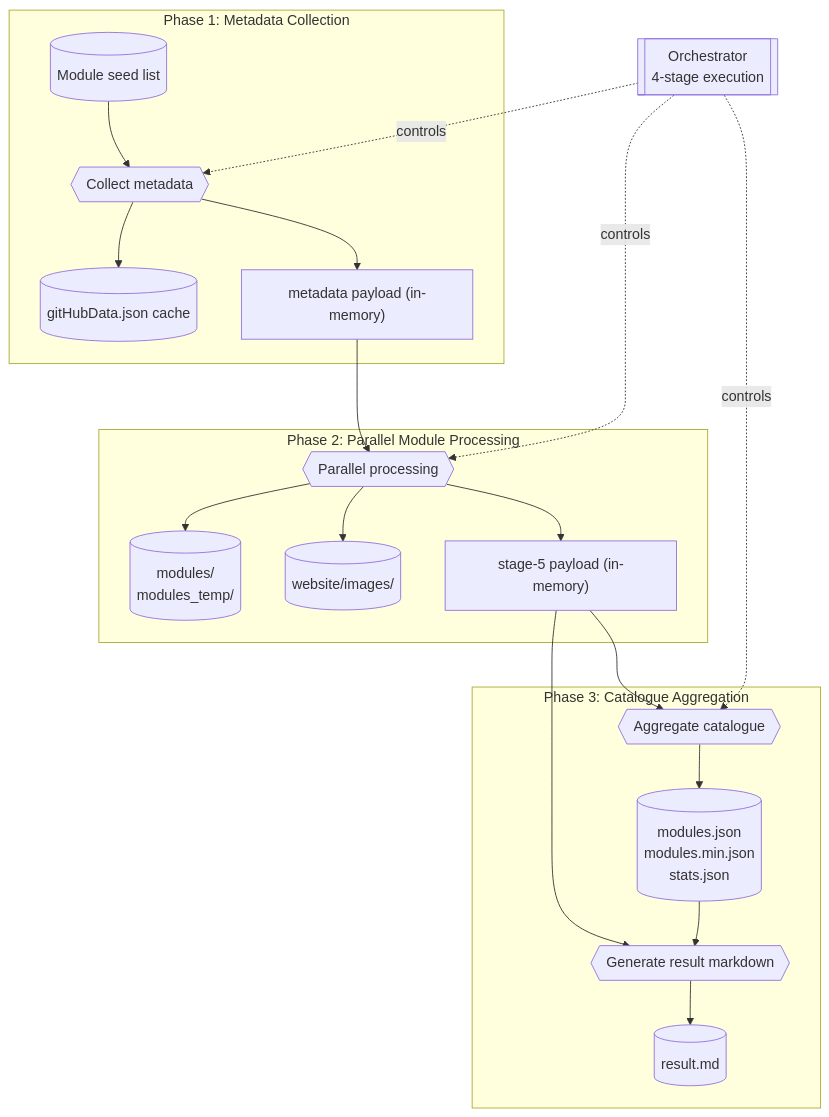
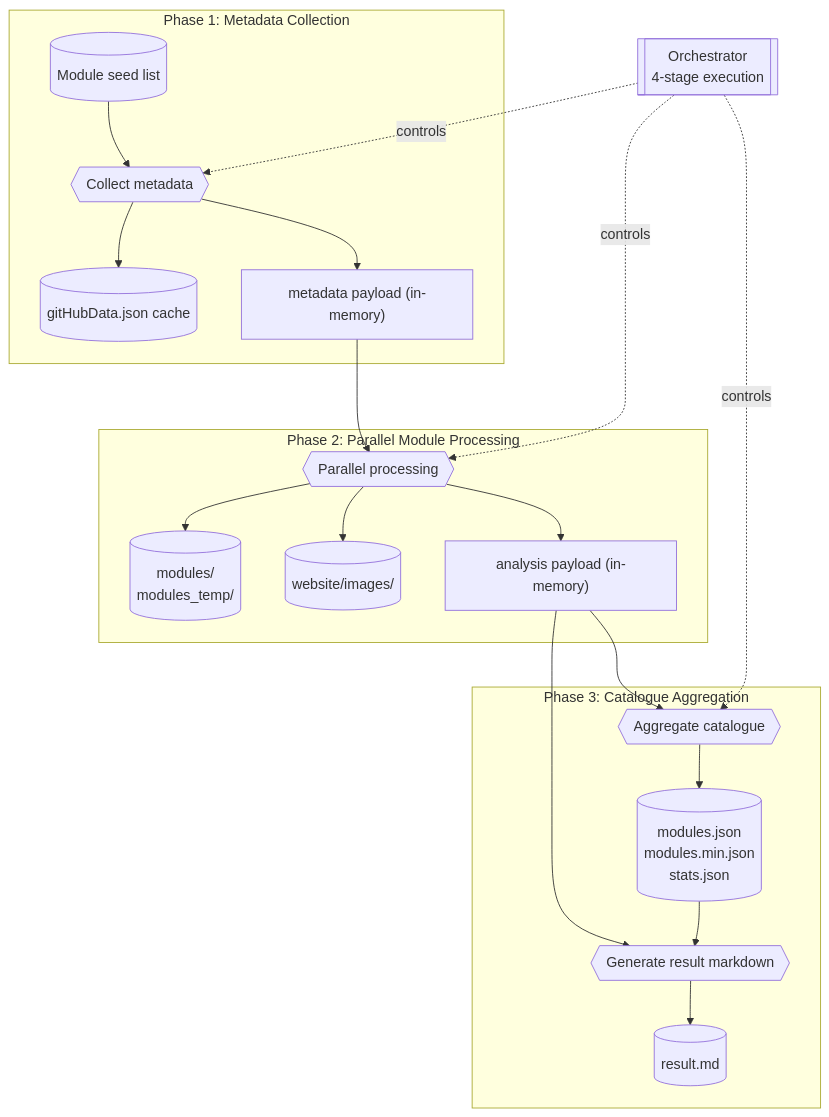
Before and after one commit to KristjanESPERANTO/MagicMirror-3rd-Party-Modules: the first of 3 diagrams in docs/architecture.md, drawn with Mermaid. The commit also changed other lines of this file and 7 other files, not shown here.

````diff
--- a/docs/architecture.md
+++ b/docs/architecture.md
@@ -20,29 +20,29 @@
 ```mermaid
 flowchart TB
   orchestrator[[Orchestrator<br>4-stage execution]]
 
   subgraph Phase 1: Metadata Collection
     seed[("Module seed list")] --> collect{{Collect metadata}}
     collect --> cache[("gitHubData.json cache")]
     collect --> metadata["metadata payload (in-memory)"]
   end
 
   subgraph Phase 2: Parallel Module Processing
     metadata --> parallel{{Parallel processing}}
     parallel --> clones[("modules/<br>modules_temp/")]
     parallel --> images[("website/images/")]
-    parallel --> stage5["stage-5 payload (in-memory)"]
+    parallel --> analysisPayload["analysis payload (in-memory)"]
   end
 
   subgraph Phase 3: Catalogue Aggregation
-    stage5 --> aggregate{{Aggregate catalogue}}
+    analysisPayload --> aggregate{{Aggregate catalogue}}
     aggregate --> outputs[("modules.json<br>modules.min.json<br>stats.json")]
-    stage5 --> result{{Generate result markdown}}
+    analysisPayload --> result{{Generate result markdown}}
     outputs --> result
     result --> resultMd[("result.md")]
   end
 
   orchestrator -.controls.-> collect
   orchestrator -.controls.-> parallel
   orchestrator -.controls.-> aggregate
 ```
````
